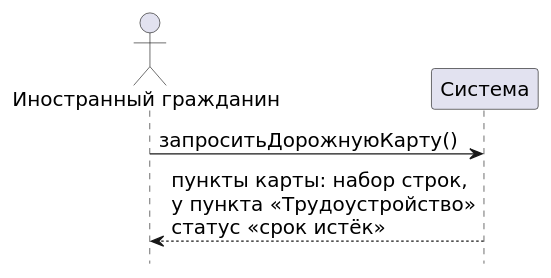
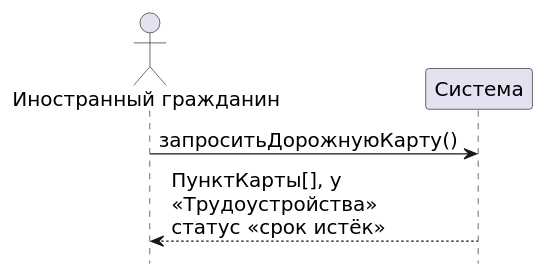
Before and after one commit to mflkee/study: the diagram in tsu/5sem/Функциональное моделирование систем/документы/src/04-p2-alternativa-srok.puml, drawn with PlantUML. The commit also changed 11 other files, not shown here.

Commit message:
лаб. 1: убрана пометка обязательных полей звёздочкой (есть столбец «Обязательное»); лаб. 2-3: текст пункта и массив ПунктКарты[]

```diff
--- a/tsu/5sem/Функциональное моделирование систем/документы/src/04-p2-alternativa-srok.puml
+++ b/tsu/5sem/Функциональное моделирование систем/документы/src/04-p2-alternativa-srok.puml
@@ -1,13 +1,13 @@
 @startuml
 skinparam shadowing false
 skinparam defaultFontName "DejaVu Sans"
 skinparam defaultFontSize 16
 skinparam sequenceMessageAlign left
 skinparam maxMessageSize 260
 hide footbox
 actor "Иностранный гражданин" as IG
 participant "Система" as SYS
 IG -> SYS : запроситьДорожнуюКарту()
-SYS --> IG : пункты карты: набор строк,\nу пункта «Трудоустройство»\nстатус «срок истёк»
+SYS --> IG : ПунктКарты[], у «Трудоустройства»\nстатус «срок истёк»
 
 @enduml
```
